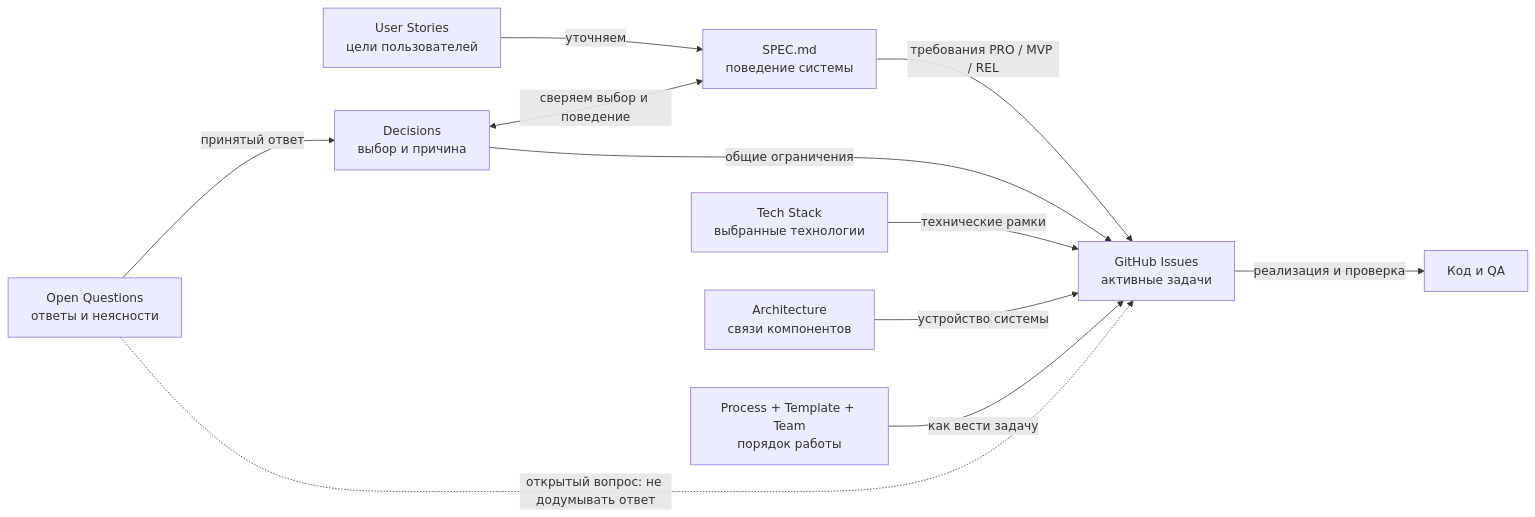
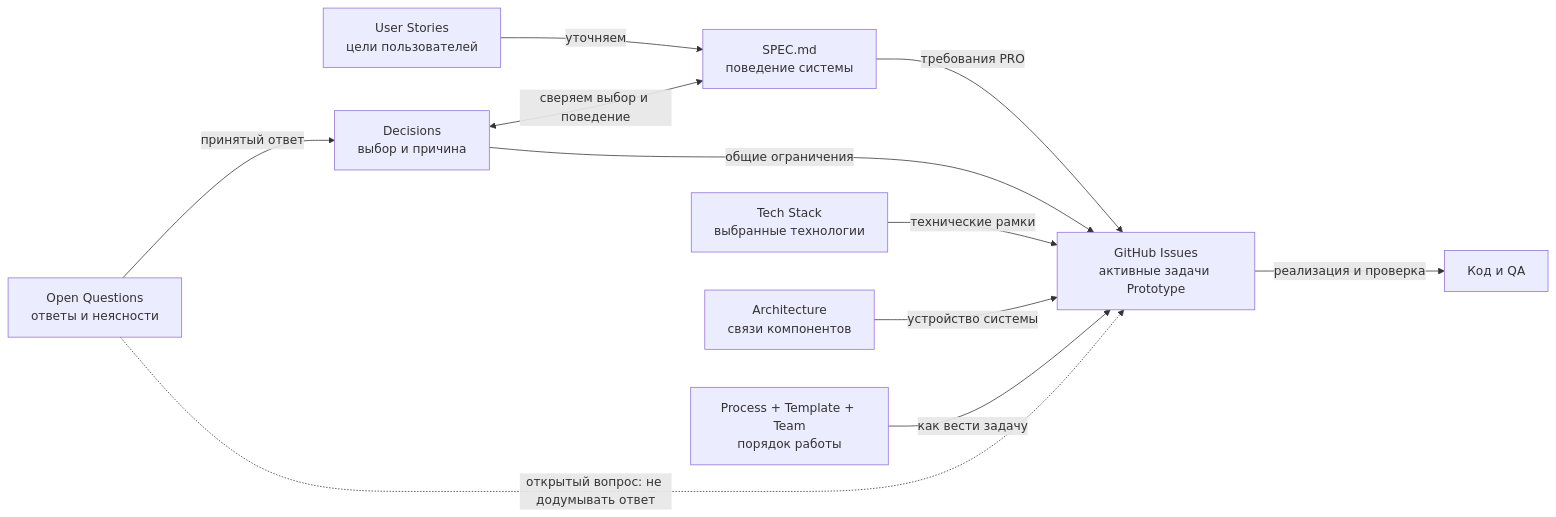
One commit to tryproxy/tg-super-backend changed the diagram in _docs/README.md. Above: the diagram before and after it, drawn with Mermaid. The commit also changed 1 other file, not shown here.

Commit message:
docs: update README and docs map for Prototype scope
- Rewrite README to describe the Prototype stage explicitly: dedicated
  support bot per product, managers replying in mapped private forum
  supergroup topics.
- Consolidate document links and clarify that SPEC defines planned
  behavior while Prototype issues track implementation work.
- Update docs map to label GitHub Issues as Prototype active tasks.

````diff
--- a/_docs/README.md
+++ b/_docs/README.md
@@ -7,13 +7,13 @@
 ```mermaid
 flowchart LR
     US["User Stories<br/>цели пользователей"] -->|уточняем| SPEC["SPEC.md<br/>поведение системы"]
     OQ["Open Questions<br/>ответы и неясности"] -->|принятый ответ| DEC["Decisions<br/>выбор и причина"]
     DEC <-->|сверяем выбор и поведение| SPEC
-    SPEC -->|требования PRO / MVP / REL| ISS["GitHub Issues<br/>активные задачи"]
+    SPEC -->|требования PRO| ISS["GitHub Issues<br/>активные задачи Prototype"]
     DEC -->|общие ограничения| ISS
     STACK["Tech Stack<br/>выбранные технологии"] -->|технические рамки| ISS
     ARCH["Architecture<br/>связи компонентов"] -->|устройство системы| ISS
     PROCESS["Process + Template + Team<br/>порядок работы"] -->|как вести задачу| ISS
     OQ -.->|открытый вопрос: не додумывать ответ| ISS
     ISS -->|реализация и проверка| CODE["Код и QA"]
 ```
````
